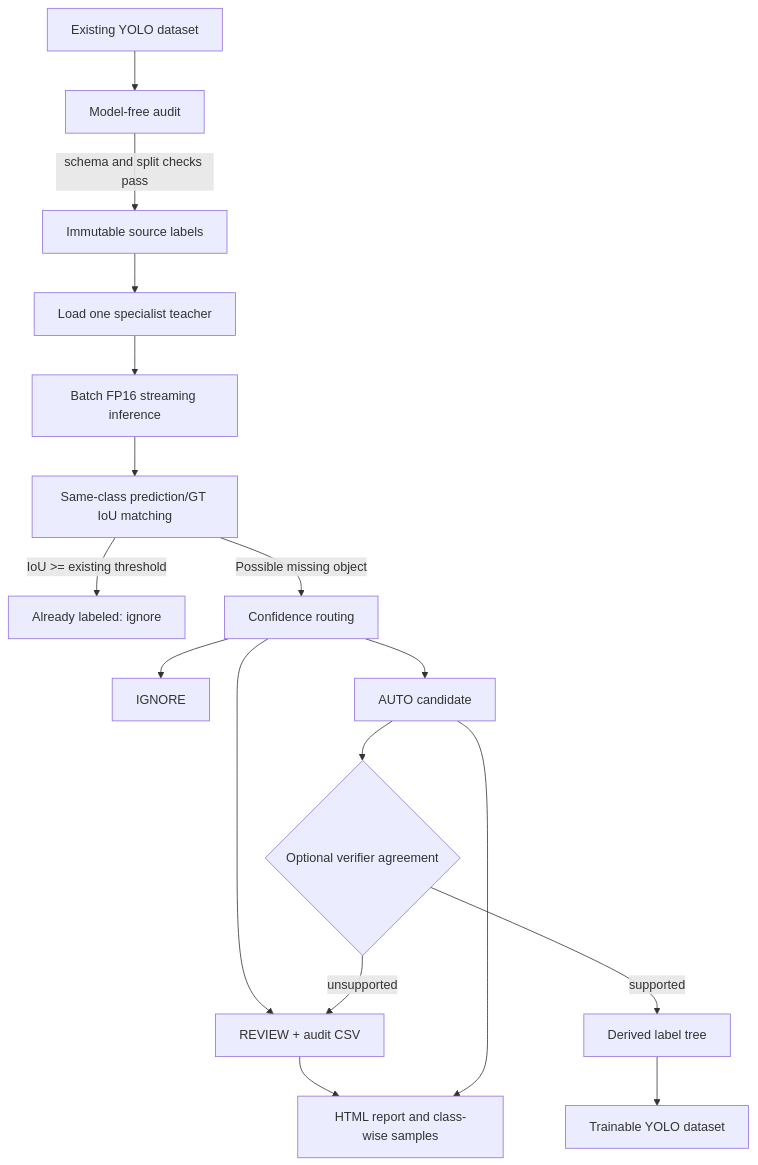
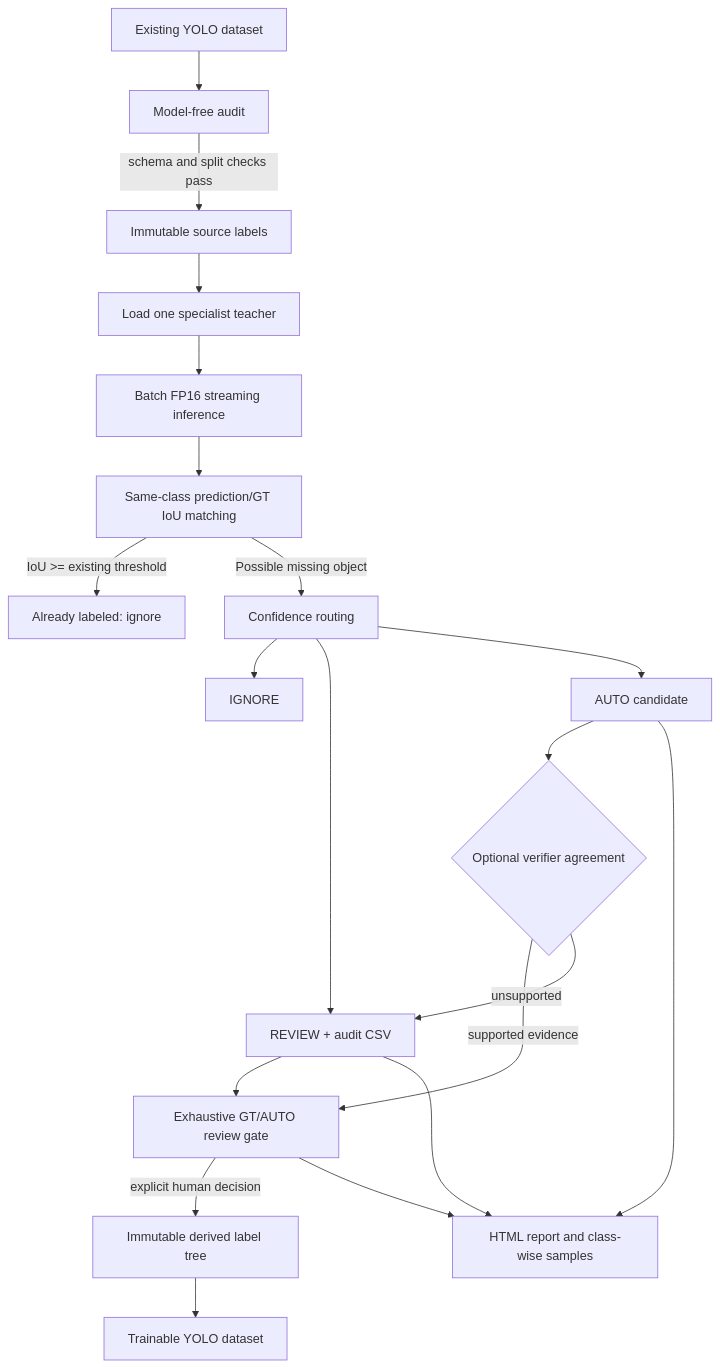
Before and after one commit to jiapengLi11/yolo-label-recovery: the diagram in README.md, drawn with Mermaid. The commit also changed other lines of this file and 24 other files, not shown here.

Commit message:
add exhaustive human review gate

````diff
--- a/README.md
+++ b/README.md
@@ -68,19 +74,22 @@
 ```mermaid
 flowchart TD
     A["Existing YOLO dataset"] --> Q["Model-free audit"]
     Q -->|"schema and split checks pass"| B["Immutable source labels"]
     B --> C["Load one specialist teacher"]
     C --> D["Batch FP16 streaming inference"]
     D --> E["Same-class prediction/GT IoU matching"]
     E -->|"IoU >= existing threshold"| F["Already labeled: ignore"]
     E -->|"Possible missing object"| G["Confidence routing"]
     G --> H["IGNORE"]
     G --> I["REVIEW + audit CSV"]
     G --> J["AUTO candidate"]
     J --> M{"Optional verifier agreement"}
-    M -->|"supported"| K["Derived label tree"]
+    M -->|"supported evidence"| R["Exhaustive GT/AUTO review gate"]
     M -->|"unsupported"| I
+    I --> R
+    R -->|"explicit human decision"| K["Immutable derived label tree"]
     K --> N["Trainable YOLO dataset"]
     I --> L["HTML report and class-wise samples"]
     J --> L
+    R --> L
 ```
````
